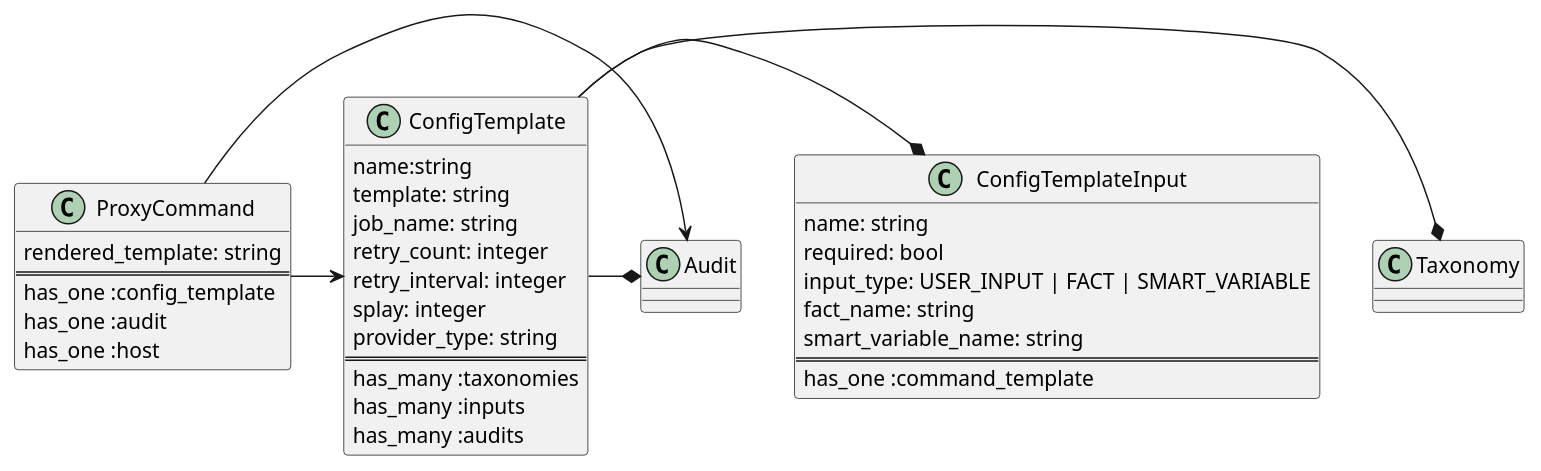
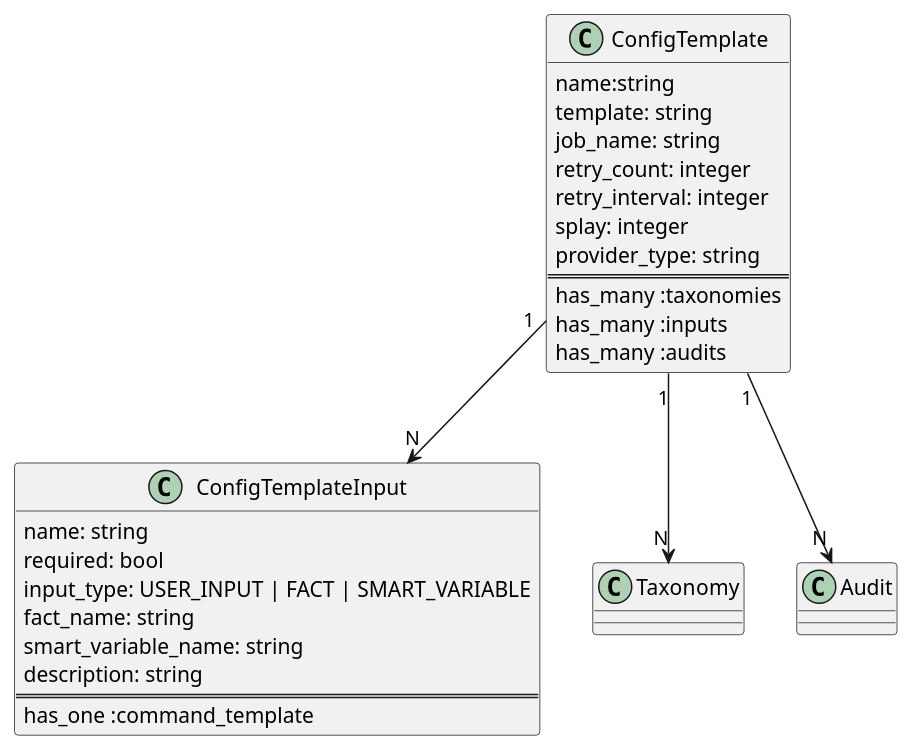
The sixth of 8 diagrams in doc/source/design/index.md (theforeman/foreman_remote_execution), drawn with PlantUML before and after one commit. The commit also changed other lines of this file, not shown here.

```diff
--- a/doc/source/design/index.md
+++ b/doc/source/design/index.md
@@ -330,46 +344,37 @@
 {% plantuml %}
+
 
 class ConfigTemplate {
   name:string
   template: string
   job_name: string
   retry_count: integer
   retry_interval: integer
   splay: integer
   provider_type: string
   ==
   has_many :taxonomies
   has_many :inputs
   has_many :audits
 }
 
 class ConfigTemplateInput {
   name: string
   required: bool
   input_type: USER_INPUT | FACT | SMART_VARIABLE
   fact_name: string
   smart_variable_name: string
+  description: string
   ==
   has_one :command_template
 }
 
 
-class ProxyCommand {
-  rendered_template: string
-  ==
-  has_one :config_template
-  has_one :audit
-  has_one :host
-}
-
-
-ConfigTemplate -* Taxonomy
-ConfigTemplate -* ConfigTemplateInput
-ConfigTemplate -* Audit
-ProxyCommand -> ConfigTemplate
-ProxyCommand -> Audit
+ConfigTemplate "1" --> "N" Taxonomy
+ConfigTemplate "1" --> "N" ConfigTemplateInput
+ConfigTemplate "1" --> "N" Audit
 
 class Taxonomy
 class Audit
 
 {% endplantuml %}
```
